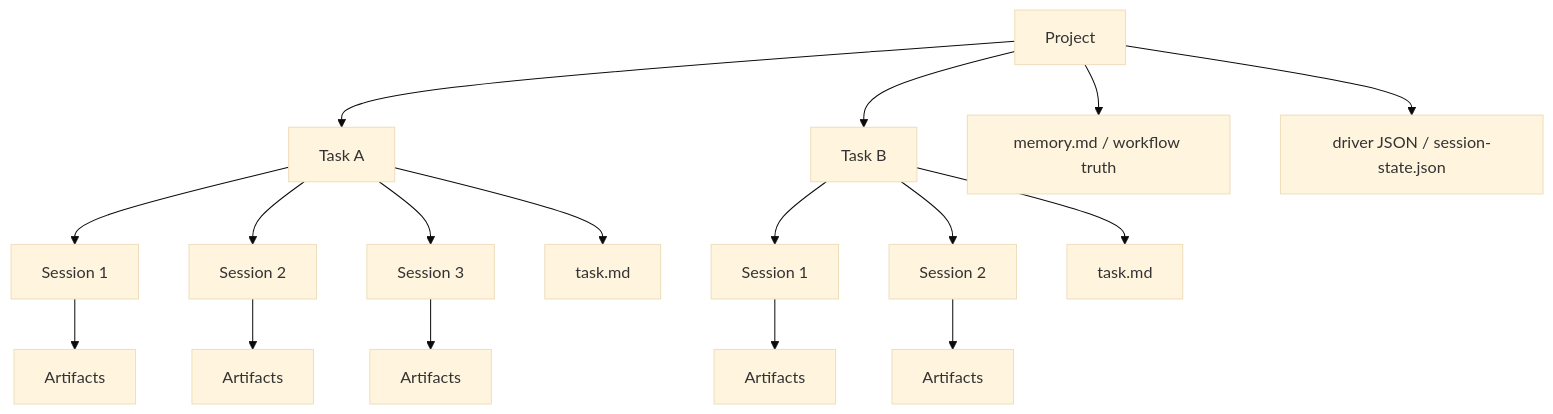
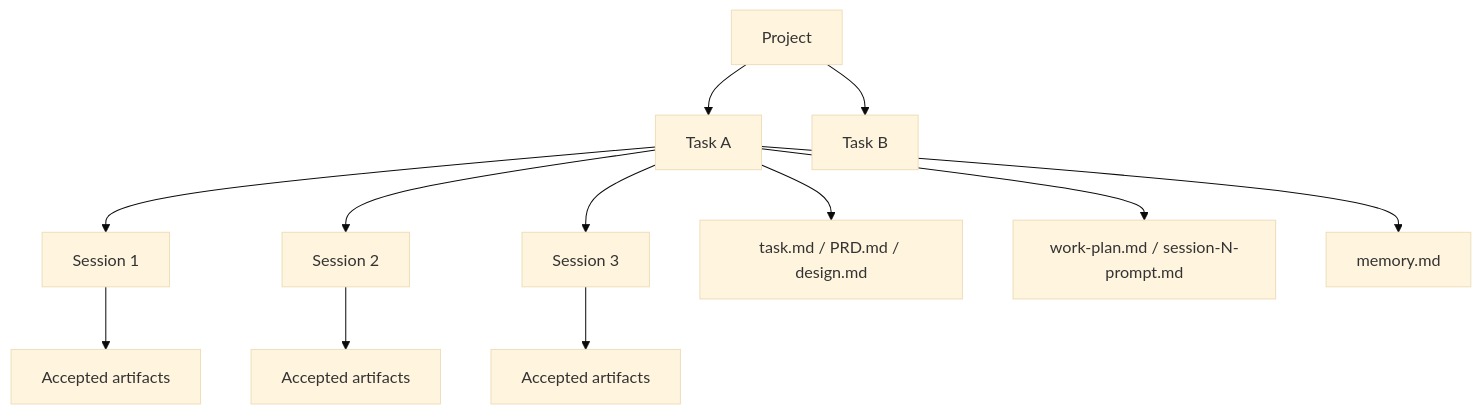
One commit to qi9zg202-source/vibecodingworkflow changed the second of 6 diagrams in docs/workflow-standard.md. Above: the diagram before and after it, drawn with Mermaid (base theme). The commit also changed other lines of this file and 209 other files, not shown here.

````diff
--- a/docs/workflow-standard.md
+++ b/docs/workflow-standard.md
@@ -89,24 +70,17 @@
 ```mermaid
 flowchart TD
     P["Project"] --> T1["Task A"]
     P --> T2["Task B"]
 
     T1 --> S1["Session 1"]
     T1 --> S2["Session 2"]
     T1 --> S3["Session 3"]
 
-    T2 --> S4["Session 1"]
-    T2 --> S5["Session 2"]
+    S1 --> A1["Accepted artifacts"]
+    S2 --> A2["Accepted artifacts"]
+    S3 --> A3["Accepted artifacts"]
 
-    S1 --> A1["Artifacts"]
-    S2 --> A2["Artifacts"]
-    S3 --> A3["Artifacts"]
-    S4 --> A4["Artifacts"]
-    S5 --> A5["Artifacts"]
-
-    T1 --> M1["task.md"]
-    T2 --> M2["task.md"]
-
-    P --> W["memory.md / workflow truth"]
-    P --> D["driver JSON / session-state.json"]
+    T1 --> D1["task.md / PRD.md / design.md"]
+    T1 --> W1["work-plan.md / session-N-prompt.md"]
+    T1 --> M1["memory.md"]
 ```
````
